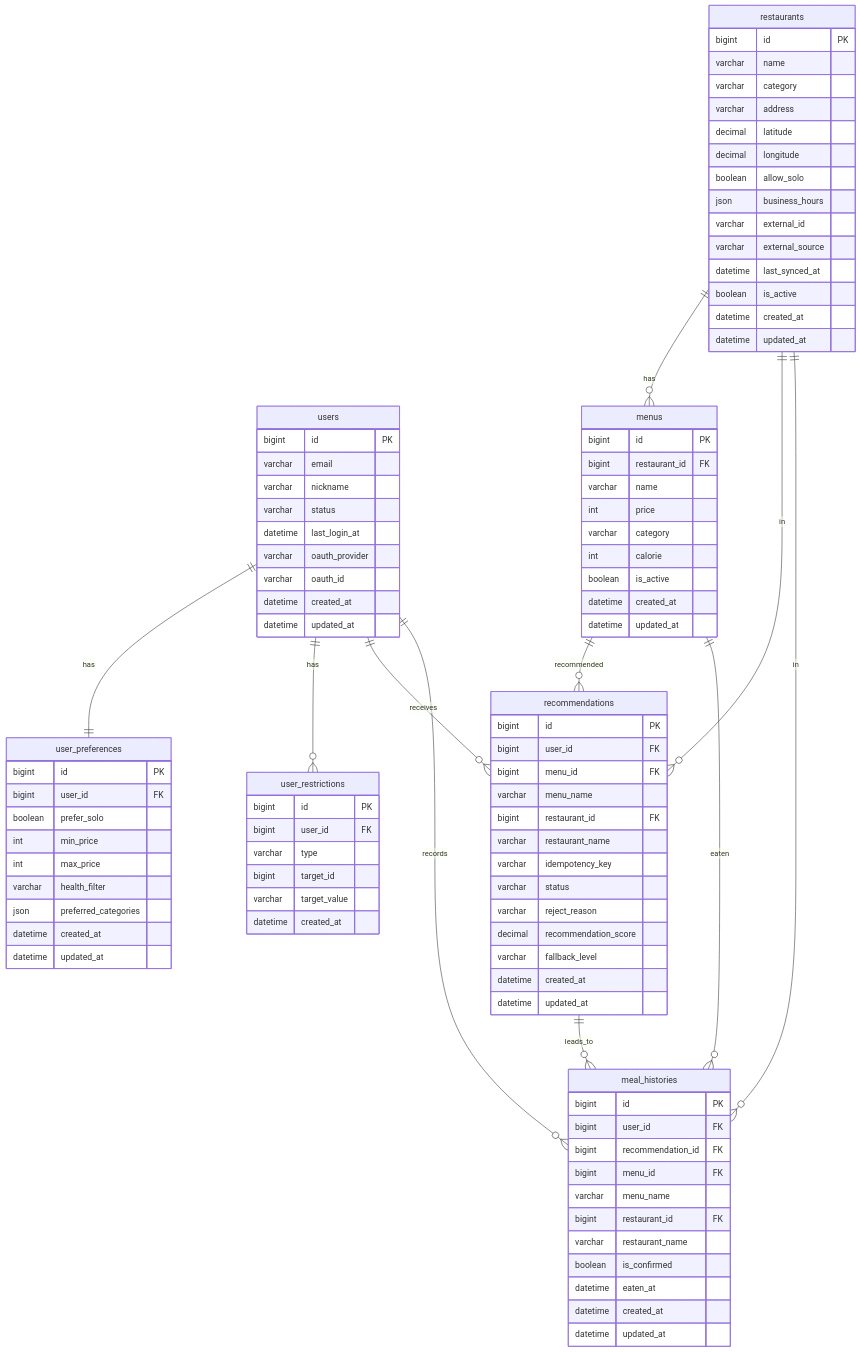
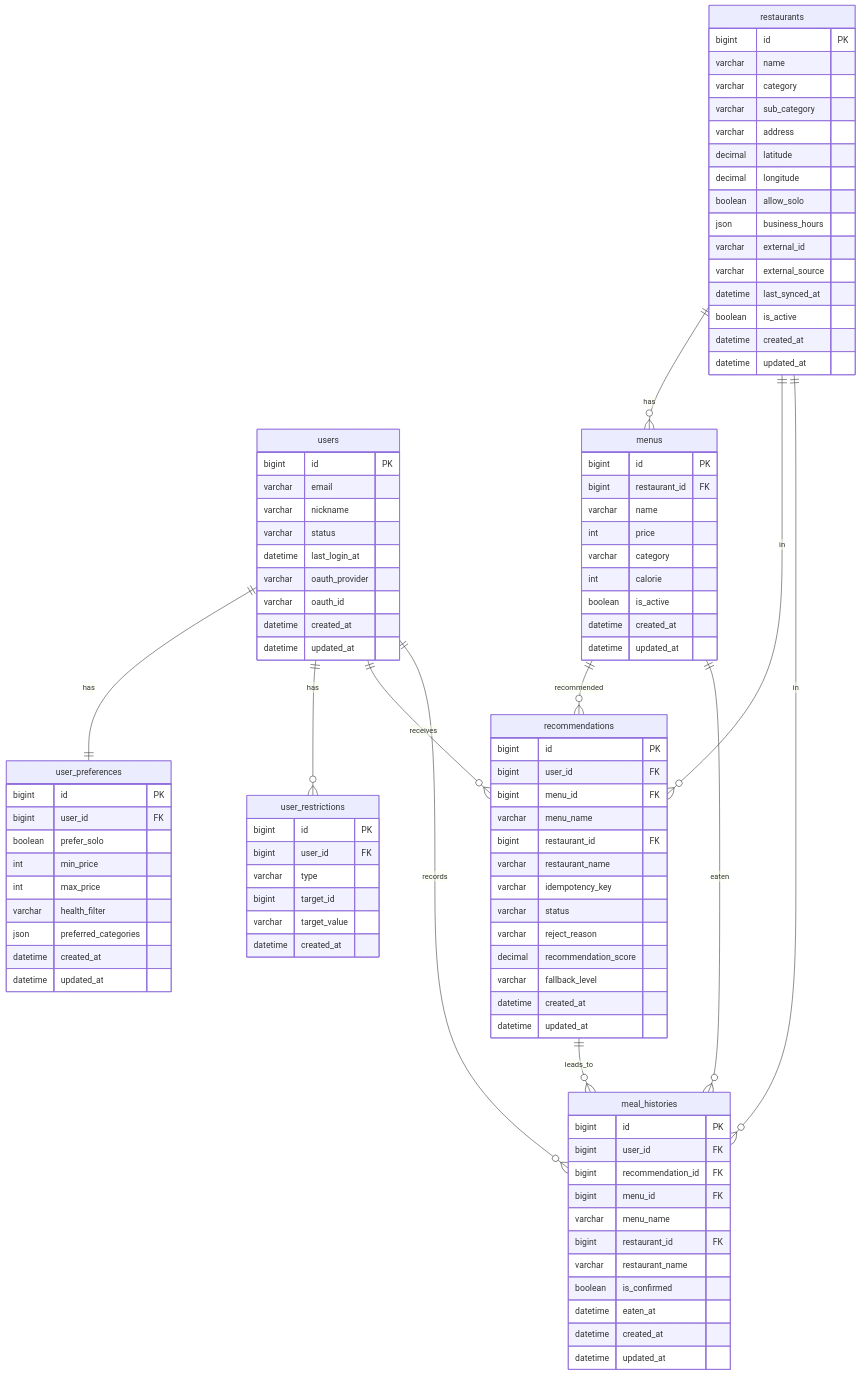
One commit to YUBEENLIM/dailymenu changed the diagram in docs/schema.md. Above: the diagram before and after it, drawn with Mermaid. The commit also changed other lines of this file and 11 other files, not shown here.

```diff
--- a/docs/schema.md
+++ b/docs/schema.md
@@ -51,6 +51,7 @@
     bigint id PK
     varchar name
     varchar category
+    varchar sub_category
     varchar address
     decimal latitude
     decimal longitude
```
